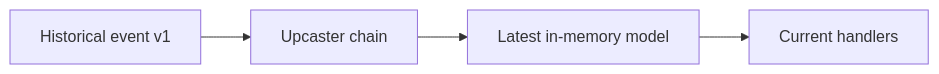
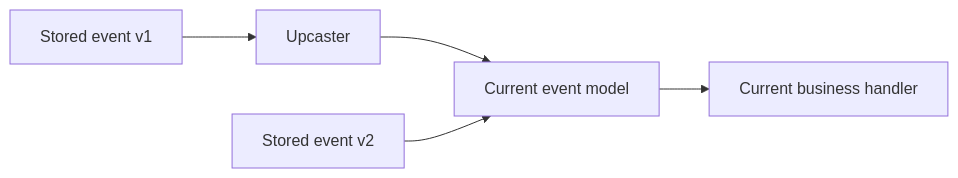
One commit to sandeepbhardwaj/sandeepbhardwaj.github.io changed the diagram in _posts/2026-06-08-kafka-event-versioning-upcasting-part-1.md. Above: the diagram before and after it, drawn with Mermaid. The commit also changed other lines of this file and 113 other files, not shown here.

````diff
--- a/_posts/2026-06-08-kafka-event-versioning-upcasting-part-1.md
+++ b/_posts/2026-06-08-kafka-event-versioning-upcasting-part-1.md
@@ -124,6 +41,7 @@
-        ```mermaid
+```mermaid
 flowchart LR
-    A[Historical event v1] --> B[Upcaster chain]
-    B --> C[Latest in-memory model]
-    C --> D[Current handlers]
+    A[Stored event v1] --> B[Upcaster]
+    B --> C[Current event model]
+    C --> D[Current business handler]
+    E[Stored event v2] --> C
 ```
````
